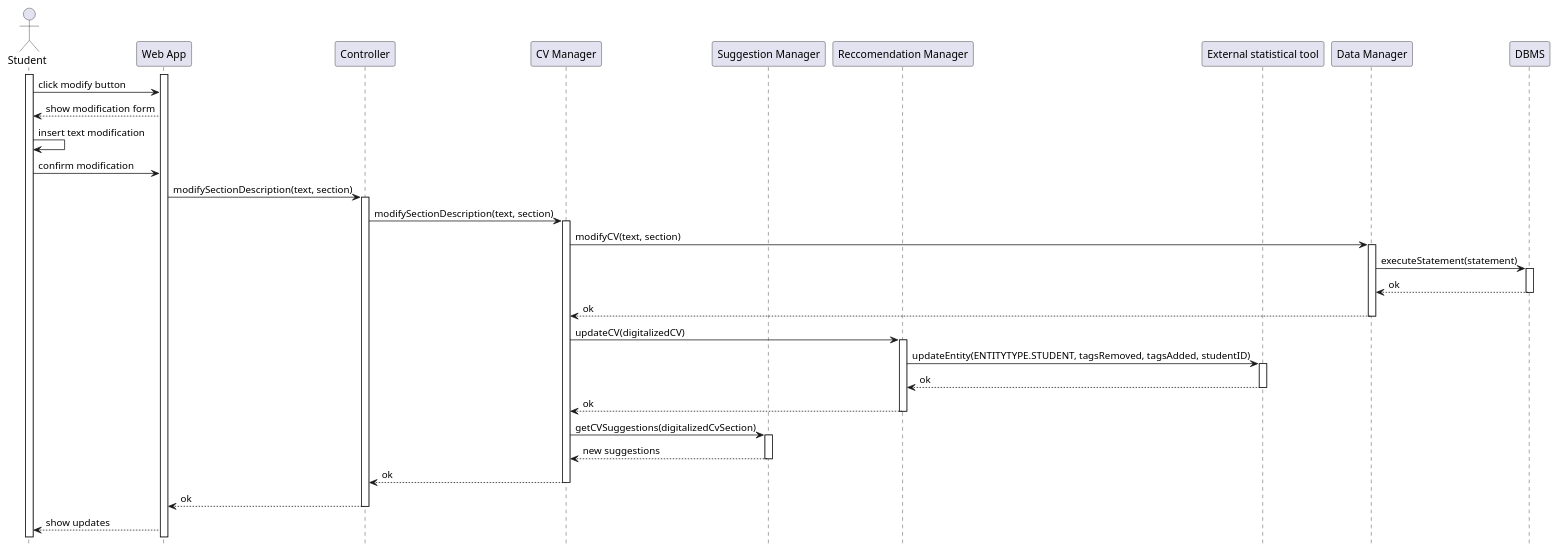
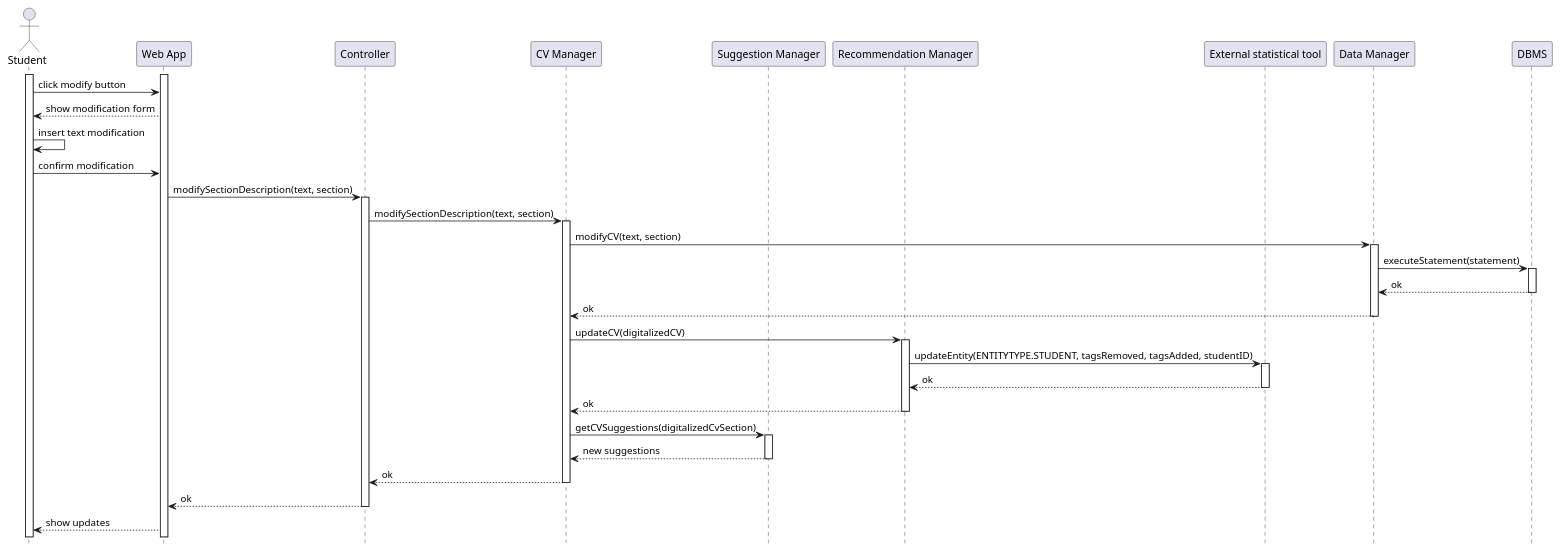
Before and after one commit to matti8702/R_and_DD_project_SE2: the diagram in DD/Architectural_design/uml_diagrams/RV11_diagram.puml, drawn with PlantUML. The commit also changed 7 other files, not shown here.

```diff
--- a/DD/Architectural_design/uml_diagrams/RV11_diagram.puml
+++ b/DD/Architectural_design/uml_diagrams/RV11_diagram.puml
@@ -1,56 +1,56 @@
 @startuml RV11_diagram
 hide footbox
 
 actor "Student" as S 
 participant "Web App" as W
 participant "Controller" AS C
 participant "CV Manager" AS CM
 participant "Suggestion Manager" as SM
-participant "Reccomendation Manager" as RM
+participant "Recommendation Manager" as RM
 participant "External statistical tool" AS EXT
 participant "Data Manager" AS DM
 participant "DBMS" AS RD
 
 
 
 activate S
 activate W
 S -> W: click modify button
 W --> S: show modification form
 S -> S: insert text modification
 S -> W: confirm modification
 W -> C: modifySectionDescription(text, section)
 activate C
 C -> CM: modifySectionDescription(text, section)
 activate CM
 
 CM -> DM: modifyCV(text, section)
 activate DM
 DM -> RD: executeStatement(statement)
 activate RD
 RD --> DM: ok
 deactivate RD
 DM --> CM: ok
 deactivate DM 
 
 CM -> RM: updateCV(digitalizedCV)
 activate RM
 RM -> EXT: updateEntity(ENTITYTYPE.STUDENT, tagsRemoved, tagsAdded, studentID)
 activate EXT
 EXT --> RM: ok
 deactivate EXT
 RM --> CM: ok
 deactivate RM
 
 CM -> SM: getCVSuggestions(digitalizedCvSection)
 activate SM
 SM --> CM: new suggestions
 deactivate SM
 CM --> C: ok
 deactivate CM
 C --> W: ok
 deactivate C
 W --> S: show updates
 
 
 @enduml
```
